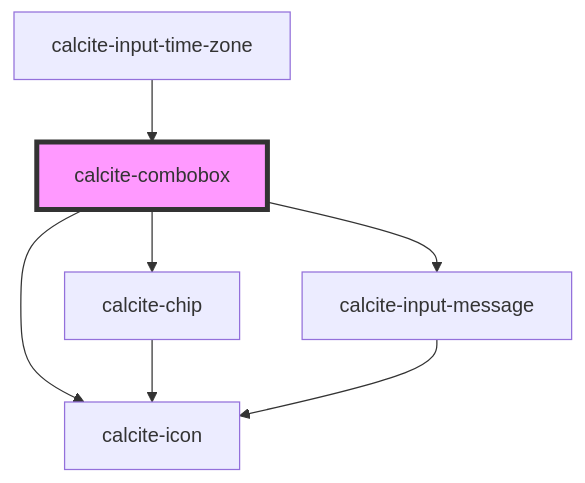
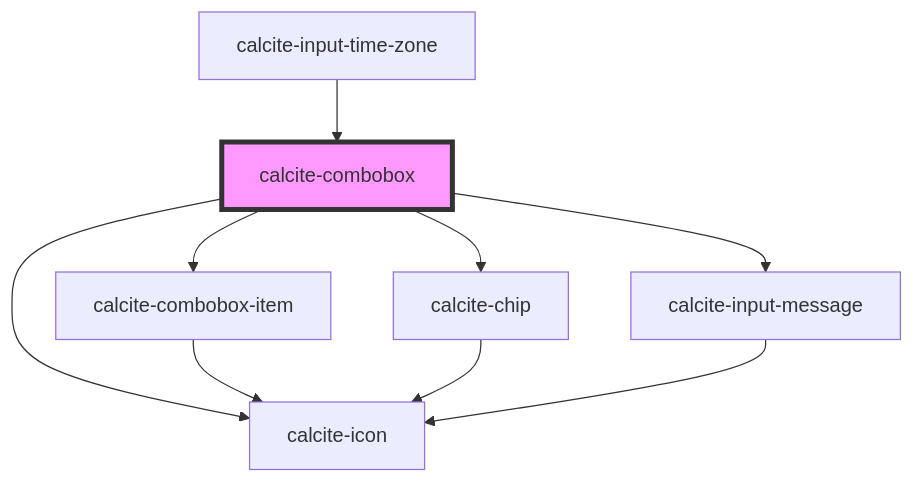
Before and after one commit to Esri/calcite-design-system: the diagram in packages/calcite-components/src/components/combobox/readme.md, drawn with Mermaid. The commit also changed other lines of this file and 82 other files, not shown here.

````diff
--- a/packages/calcite-components/src/components/combobox/readme.md
+++ b/packages/calcite-components/src/components/combobox/readme.md
@@ -166,10 +171,12 @@
 ```mermaid
 graph TD;
+  calcite-combobox --> calcite-combobox-item
   calcite-combobox --> calcite-chip
   calcite-combobox --> calcite-icon
   calcite-combobox --> calcite-input-message
+  calcite-combobox-item --> calcite-icon
   calcite-chip --> calcite-icon
   calcite-input-message --> calcite-icon
   calcite-input-time-zone --> calcite-combobox
   style calcite-combobox fill:#f9f,stroke:#333,stroke-width:4px
 ```
````
